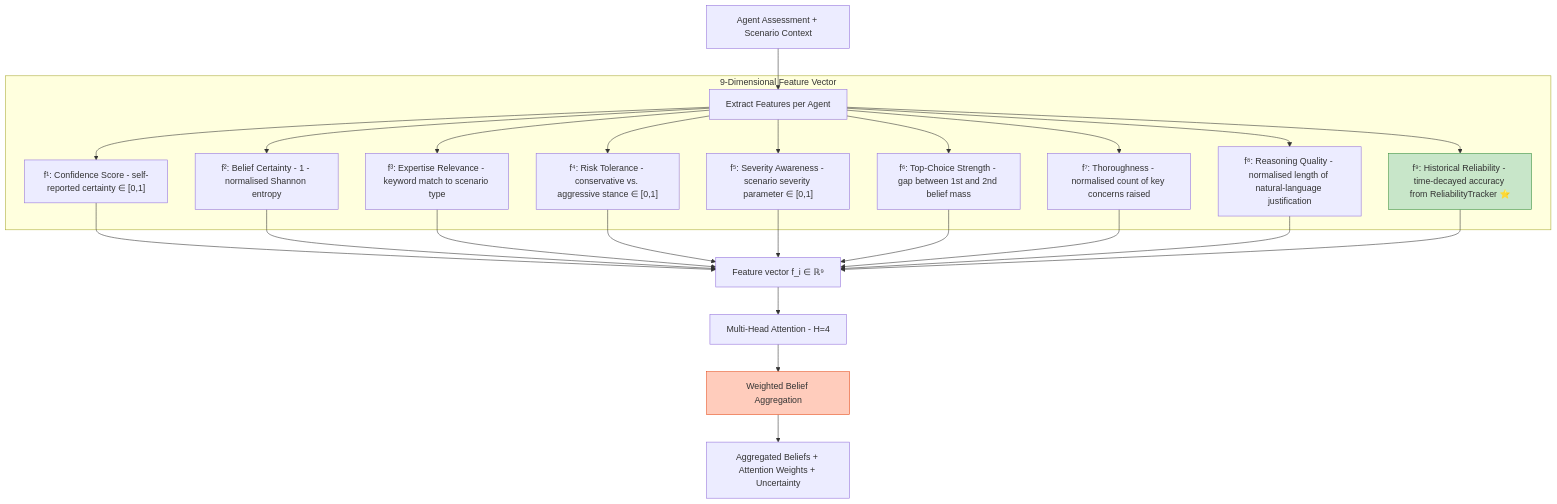
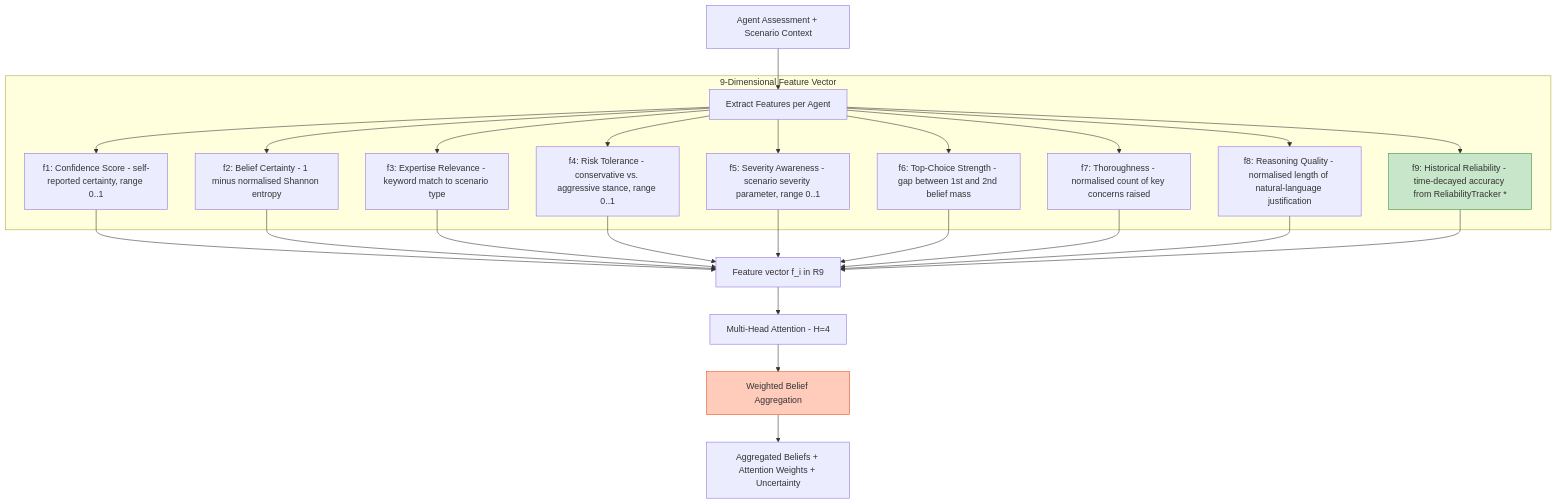
The third of 7 diagrams in academic_journal_draft_long version.md (kerbgr/crisis_mas_poc), drawn with Mermaid before and after one commit. The commit also changed other lines of this file, not shown here.

Commit message:
mermaid and latex

````diff
--- a/academic_journal_draft_long version.md
+++ b/academic_journal_draft_long version.md
@@ -309,24 +309,24 @@
 ```mermaid
 flowchart TB
     START[Agent Assessment + Scenario Context] --> EXTRACT[Extract Features per Agent]
 
     subgraph "9-Dimensional Feature Vector"
-        EXTRACT --> F1["f¹: Confidence Score - self-reported certainty ∈ [0,1]"]
-        EXTRACT --> F2["f²: Belief Certainty - 1 - normalised Shannon entropy"]
-        EXTRACT --> F3["f³: Expertise Relevance - keyword match to scenario type"]
-        EXTRACT --> F4["f⁴: Risk Tolerance - conservative vs. aggressive stance ∈ [0,1]"]
-        EXTRACT --> F5["f⁵: Severity Awareness - scenario severity parameter ∈ [0,1]"]
-        EXTRACT --> F6["f⁶: Top-Choice Strength - gap between 1st and 2nd belief mass"]
-        EXTRACT --> F7["f⁷: Thoroughness - normalised count of key concerns raised"]
-        EXTRACT --> F8["f⁸: Reasoning Quality - normalised length of natural-language justification"]
-        EXTRACT --> F9["f⁹: Historical Reliability - time-decayed accuracy from ReliabilityTracker ⭐"]
+        EXTRACT --> F1["f1: Confidence Score - self-reported certainty, range 0..1"]
+        EXTRACT --> F2["f2: Belief Certainty - 1 minus normalised Shannon entropy"]
+        EXTRACT --> F3["f3: Expertise Relevance - keyword match to scenario type"]
+        EXTRACT --> F4["f4: Risk Tolerance - conservative vs. aggressive stance, range 0..1"]
+        EXTRACT --> F5["f5: Severity Awareness - scenario severity parameter, range 0..1"]
+        EXTRACT --> F6["f6: Top-Choice Strength - gap between 1st and 2nd belief mass"]
+        EXTRACT --> F7["f7: Thoroughness - normalised count of key concerns raised"]
+        EXTRACT --> F8["f8: Reasoning Quality - normalised length of natural-language justification"]
+        EXTRACT --> F9["f9: Historical Reliability - time-decayed accuracy from ReliabilityTracker *"]
     end
 
-    F1 & F2 & F3 & F4 & F5 & F6 & F7 & F8 & F9 --> VECTOR["Feature vector f_i ∈ ℝ⁹"]
+    F1 & F2 & F3 & F4 & F5 & F6 & F7 & F8 & F9 --> VECTOR["Feature vector f_i in R9"]
     VECTOR --> ATTENTION[Multi-Head Attention - H=4]
     ATTENTION --> AGGREGATE[Weighted Belief Aggregation]
     AGGREGATE --> OUTPUT[Aggregated Beliefs + Attention Weights + Uncertainty]
 
     style F9 fill:#c8e6c9,stroke:#388e3c
     style AGGREGATE fill:#ffccbc,stroke:#e64a19
 ```
````
